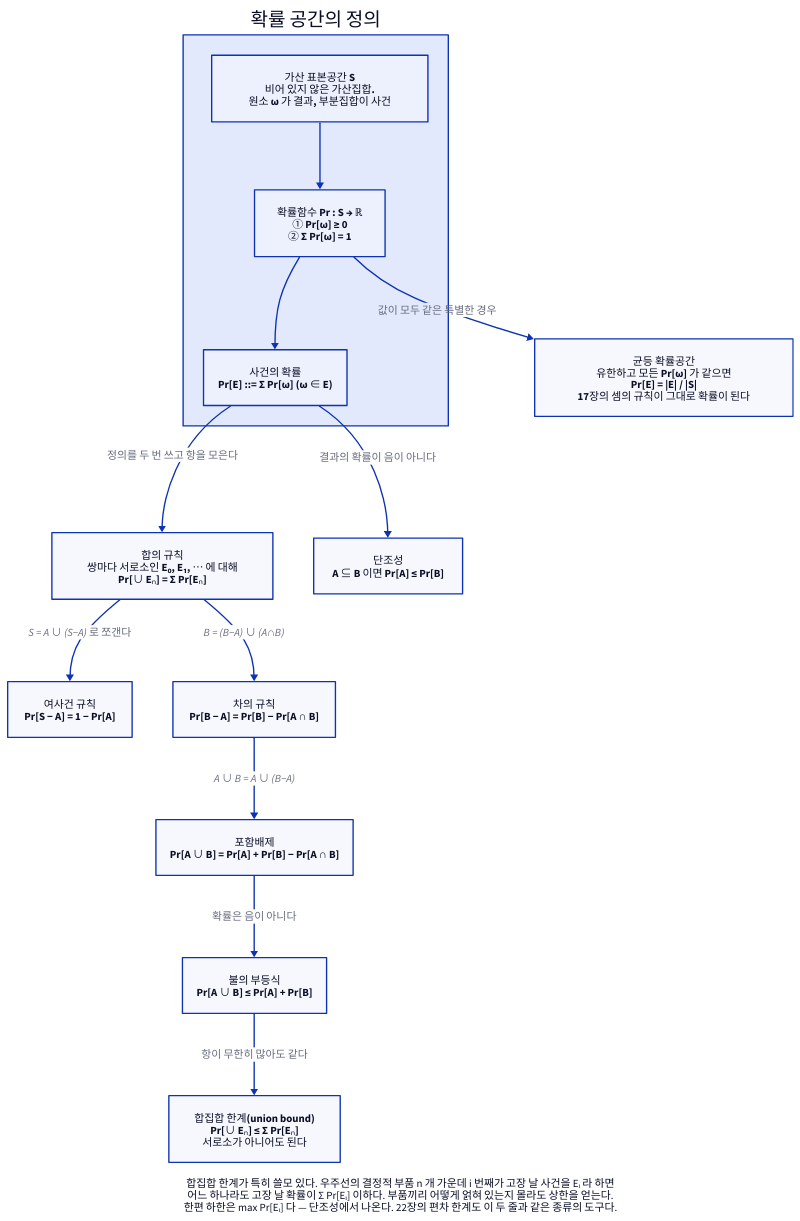
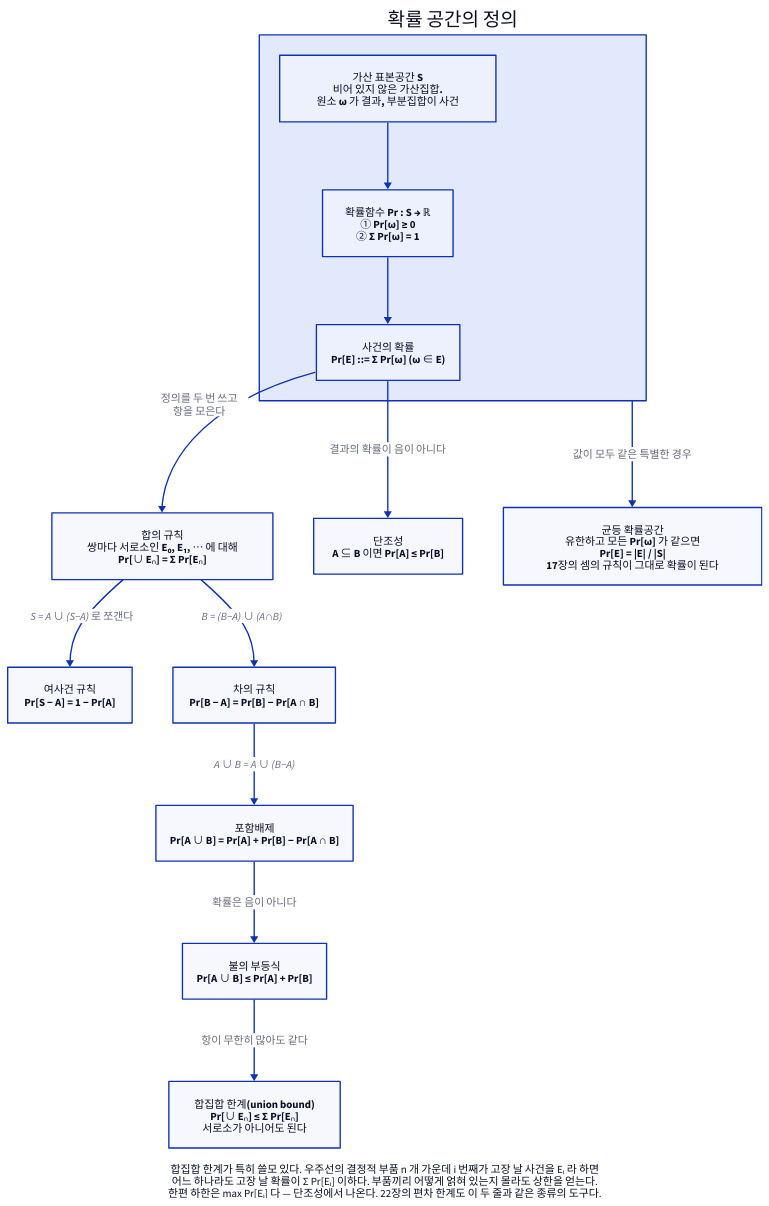
One commit to Dong-gi/Dong-gi.github.io changed the diagram in d2/mcs/mcs-r-prob-rules.d2. Above: the diagram before and after it, drawn with D2. The commit also changed 369 other files, not shown here.

```diff
--- a/d2/mcs/mcs-r-prob-rules.d2
+++ b/d2/mcs/mcs-r-prob-rules.d2
@@ -1,50 +1,51 @@
 # 확률 공간의 정의에서 규칙이 나오는 순서 — mcs 19장.
 #
 # 무엇을 읽어야 하나: 확률에 대해 앞으로 쓰는 모든 규칙은 정의 두 줄
 # (결과의 확률이 음이 아니고, 모두 더하면 1) 에서 나온다.
 # 화살표를 거꾸로 따라가면 어떤 규칙이든 정의까지 되짚을 수 있다.
 direction: down
 
 정의: {
   label: "확률 공간의 정의"
   style.bold: true
 
   공간: { label: "가산 표본공간 S\n비어 있지 않은 가산집합.\n원소 ω 가 결과, 부분집합이 사건" }
   함수: { label: "확률함수 Pr : S → ℝ\n① Pr[ω] ≥ 0\n② Σ Pr[ω] = 1"; style.bold: true }
   사건확률: { label: "사건의 확률\nPr[E] ::= Σ Pr[ω]  (ω ∈ E)"; style.bold: true }
 
   공간 -> 함수
   함수 -> 사건확률
 }
 
 합의규칙: {
   label: "합의 규칙\n쌍마다 서로소인 E₀, E₁, ⋯ 에 대해\nPr[∪ Eₙ] = Σ Pr[Eₙ]"
   style.bold: true
 }
-정의.사건확률 -> 합의규칙: 정의를 두 번 쓰고 항을 모은다
+정의.사건확률 -> 합의규칙: "정의를 두 번 쓰고\n항을 모은다"
 
 여사건: { label: "여사건 규칙\nPr[S − A] = 1 − Pr[A]" }
 차: { label: "차의 규칙\nPr[B − A] = Pr[B] − Pr[A ∩ B]" }
 포함배제: { label: "포함배제\nPr[A ∪ B] = Pr[A] + Pr[B] − Pr[A ∩ B]" }
 불: { label: "불의 부등식\nPr[A ∪ B] ≤ Pr[A] + Pr[B]" }
 단조: { label: "단조성\nA ⊆ B 이면 Pr[A] ≤ Pr[B]" }
 합집합한계: { label: "합집합 한계(union bound)\nPr[∪ Eₙ] ≤ Σ Pr[Eₙ]\n서로소가 아니어도 된다"; style.bold: true }
 
 합의규칙 -> 여사건: S = A ∪ (S−A) 로 쪼갠다
 합의규칙 -> 차: B = (B−A) ∪ (A∩B)
 차 -> 포함배제: A ∪ B = A ∪ (B−A)
 포함배제 -> 불: 확률은 음이 아니다
 정의.사건확률 -> 단조: 결과의 확률이 음이 아니다
 불 -> 합집합한계: 항이 무한히 많아도 같다
 
 균등: {
   label: "균등 확률공간\n유한하고 모든 Pr[ω] 가 같으면\nPr[E] = |E| / |S|\n17장의 셈의 규칙이 그대로 확률이 된다"
   style.bold: true
 }
-정의.함수 -> 균등: 값이 모두 같은 특별한 경우
+# 정의.함수 에서 끌면 라벨이 묶음 테두리에 걸린다. 균등 확률공간은 정의 전체의 특수한 경우다
+정의 -> 균등: 값이 모두 같은 특별한 경우
 
 쓰임: {
   label: "합집합 한계가 특히 쓸모 있다. 우주선의 결정적 부품 n 개 가운데 i 번째가 고장 날 사건을 Eᵢ 라 하면\n어느 하나라도 고장 날 확률이 Σ Pr[Eᵢ] 이하다. 부품끼리 어떻게 얽혀 있는지 몰라도 상한을 얻는다.\n한편 하한은 max Pr[Eᵢ] 다 — 단조성에서 나온다. 22장의 편차 한계도 이 두 줄과 같은 종류의 도구다."
   shape: text
   near: bottom-center
 }
```
